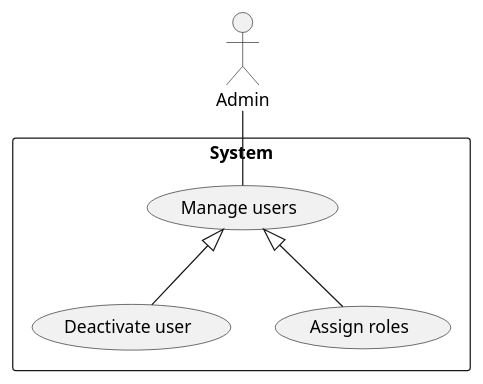
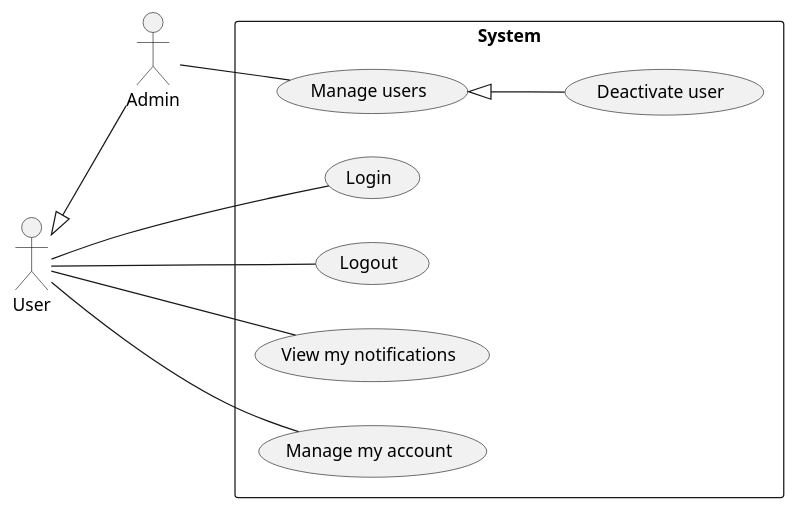
The diagram in use-cases/admin.plantuml (phihungha/scmss-reqs), drawn with PlantUML before and after one commit. The commit also changed 4 other files, not shown here.

```diff
--- a/use-cases/admin.plantuml
+++ b/use-cases/admin.plantuml
@@ -1,10 +1,17 @@
 @startuml Admin
+left to right direction
+
 :Admin: as ad
+:User: as u
+u <|-- ad
 
 rectangle System {
+    u -- (Login)
+    u -- (Logout)
+    u -- (View my notifications)
+    u -- (Manage my account)
+
     ad -- (Manage users)
     (Manage users) <|-- (Deactivate user)
-    (Manage users) <|-- (Assign roles)
 }
-
 @enduml
```
